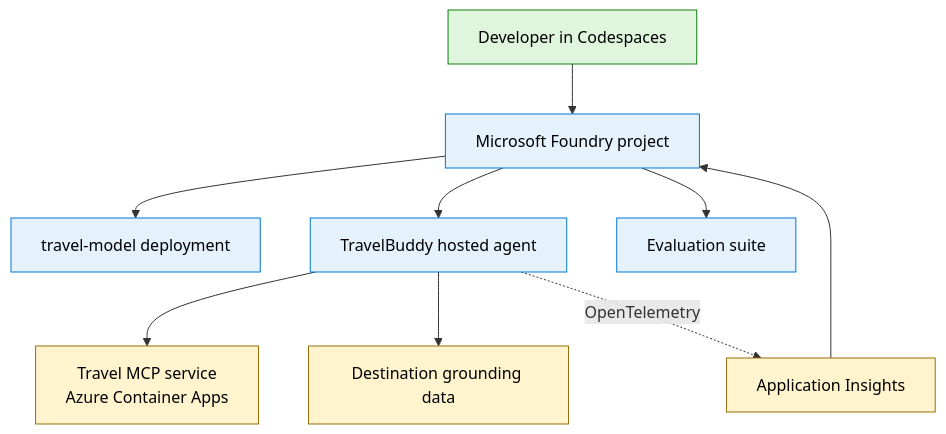
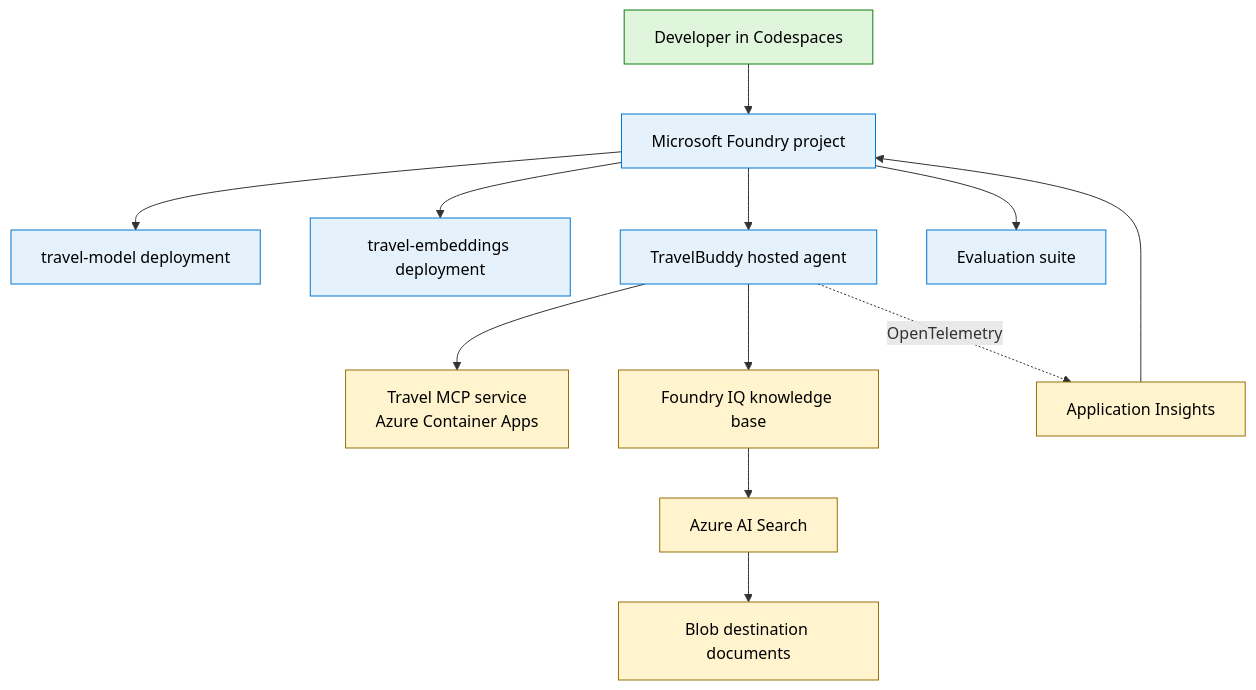
The second of 5 diagrams in docs/architecture.md (tmathew1000/foundry-multi-agent-developer-lab), drawn with Mermaid before and after one commit. The commit also changed other lines of this file and 37 other files, not shown here.

First line of the commit message:
feat: add Foundry IQ knowledge integration

````diff
--- a/docs/architecture.md
+++ b/docs/architecture.md
@@ -31,19 +31,22 @@
 ```mermaid
 flowchart TB
     D[Developer in Codespaces]
     D --> FP[Microsoft Foundry project]
     FP --> MD[travel-model deployment]
+    FP --> ED[travel-embeddings deployment]
     FP --> HA[TravelBuddy hosted agent]
     FP --> EV[Evaluation suite]
     HA --> MCP[Travel MCP service<br/>Azure Container Apps]
-    HA --> GD[Destination grounding data]
+    HA --> IQ[Foundry IQ knowledge base]
+    IQ --> SRCH[Azure AI Search]
+    SRCH --> GD[Blob destination documents]
     HA -. OpenTelemetry .-> AI[Application Insights]
     AI --> FP
 
     classDef learner fill:#dff6dd,stroke:#107c10,color:#000
     classDef managed fill:#e5f1fb,stroke:#0078d4,color:#000
     classDef azure fill:#fff4ce,stroke:#986f0b,color:#000
     class D learner
-    class FP,MD,HA,EV managed
-    class MCP,GD,AI azure
+    class FP,MD,ED,HA,EV managed
+    class MCP,IQ,SRCH,GD,AI azure
 ```
````
